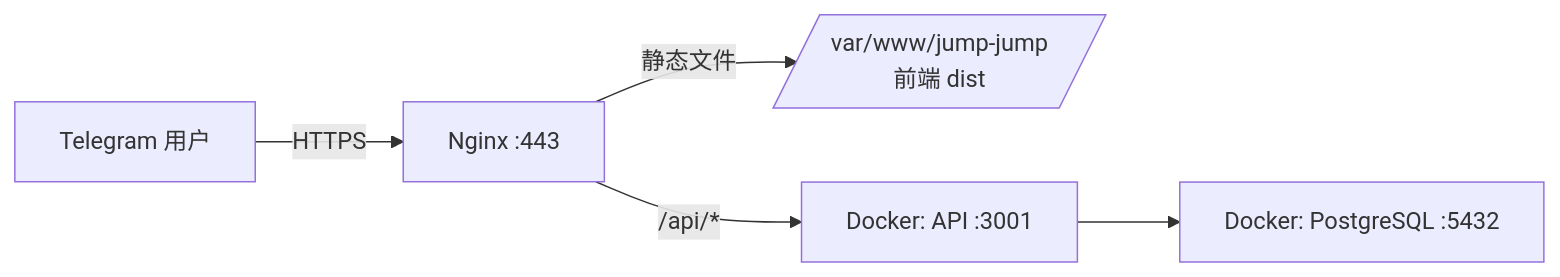
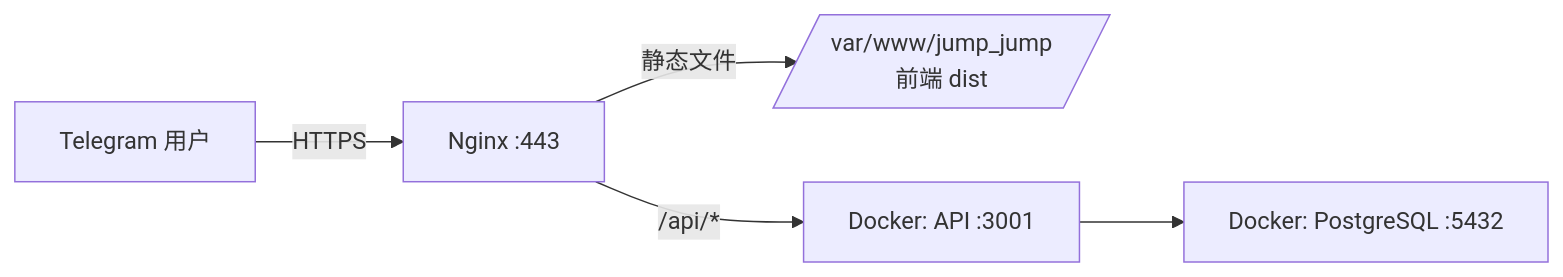
Before and after one commit to siyi8088/jump_jump: the diagram in walkthrough.md, drawn with Mermaid. The commit also changed other lines of this file and 2 other files, not shown here.

````diff
--- a/walkthrough.md
+++ b/walkthrough.md
@@ -5,7 +5,7 @@
 ```mermaid
 graph LR
     U[Telegram 用户] -->|HTTPS| N[Nginx :443]
-    N -->|静态文件| F[/var/www/jump-jump<br>前端 dist/]
+    N -->|静态文件| F[/var/www/jump_jump<br>前端 dist/]
     N -->|/api/*| A[Docker: API :3001]
     A --> P[Docker: PostgreSQL :5432]
 ```
````
